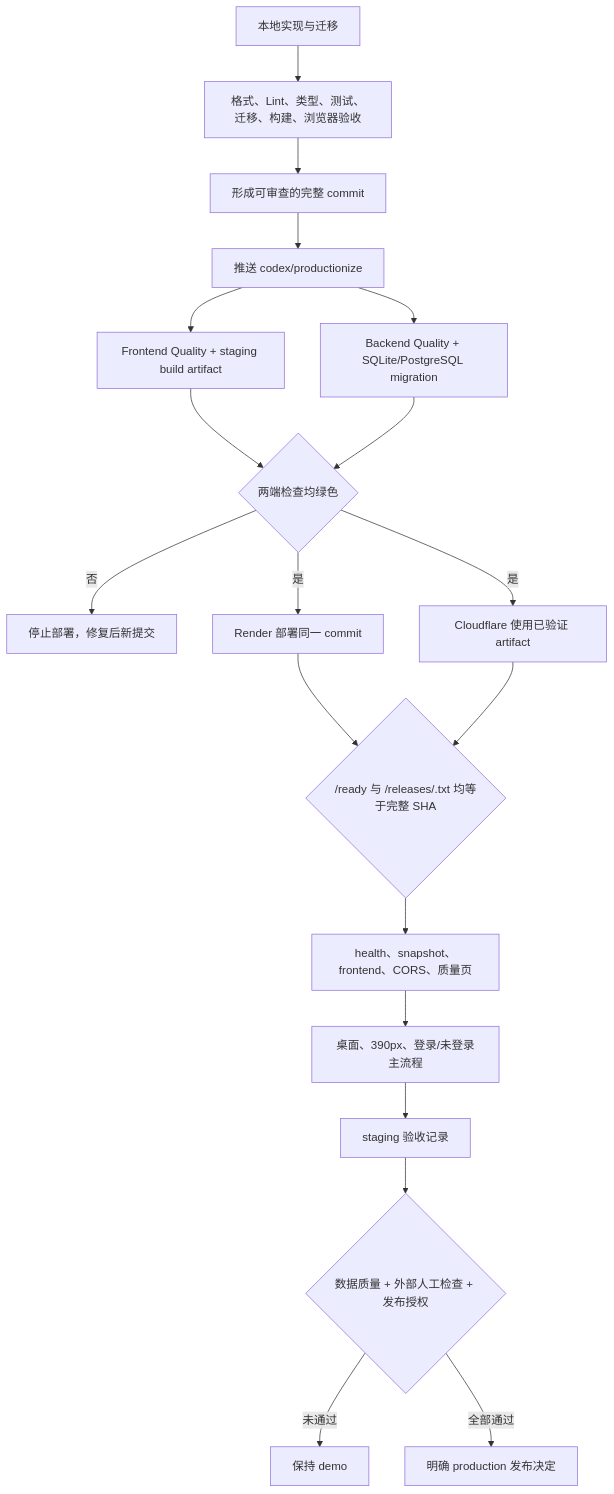
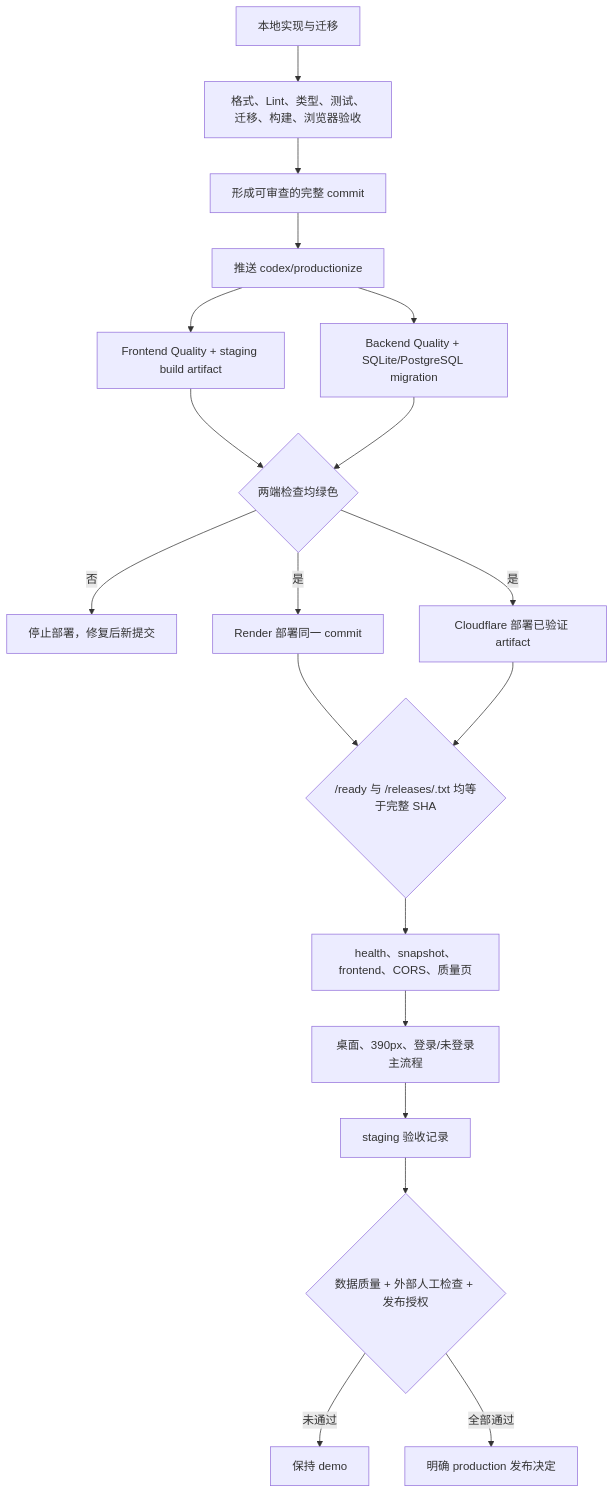
Before and after one commit to xuerp/ai-knowledge-explorer: the sixth of 6 diagrams in docs/END_TO_END_OPERATING_MODEL.md, drawn with Mermaid. The commit also changed other lines of this file and 1 other file, not shown here.

````diff
--- a/docs/END_TO_END_OPERATING_MODEL.md
+++ b/docs/END_TO_END_OPERATING_MODEL.md
@@ -218,21 +218,21 @@
 ```mermaid
 flowchart TD
   Local["本地实现与迁移"] --> LocalGate["格式、Lint、类型、测试、迁移、构建、浏览器验收"]
   LocalGate --> Commit["形成可审查的完整 commit"]
   Commit --> Push["推送 codex/productionize"]
   Push --> FrontCI["Frontend Quality + staging build artifact"]
   Push --> BackCI["Backend Quality + SQLite/PostgreSQL migration"]
   FrontCI --> Checks{"两端检查均绿色"}
   BackCI --> Checks
   Checks -->|否| Stop["停止部署，修复后新提交"]
   Checks -->|是| Render["Render 部署同一 commit"]
-  Checks -->|是| Worker["Cloudflare 使用已验证 artifact"]
+  Checks -->|是| Cloudflare["Cloudflare 部署已验证 artifact"]
   Render --> Match{"/ready 与 /releases/<sha>.txt 均等于完整 SHA"}
-  Worker --> Match
+  Cloudflare --> Match
   Match --> Smoke["health、snapshot、frontend、CORS、质量页"]
   Smoke --> UX["桌面、390px、登录/未登录主流程"]
   UX --> StagingAccepted["staging 验收记录"]
   StagingAccepted --> LiveGate{"数据质量 + 外部人工检查 + 发布授权"}
   LiveGate -->|未通过| Demo["保持 demo"]
   LiveGate -->|全部通过| ReleaseDecision["明确 production 发布决定"]
 ```
````
